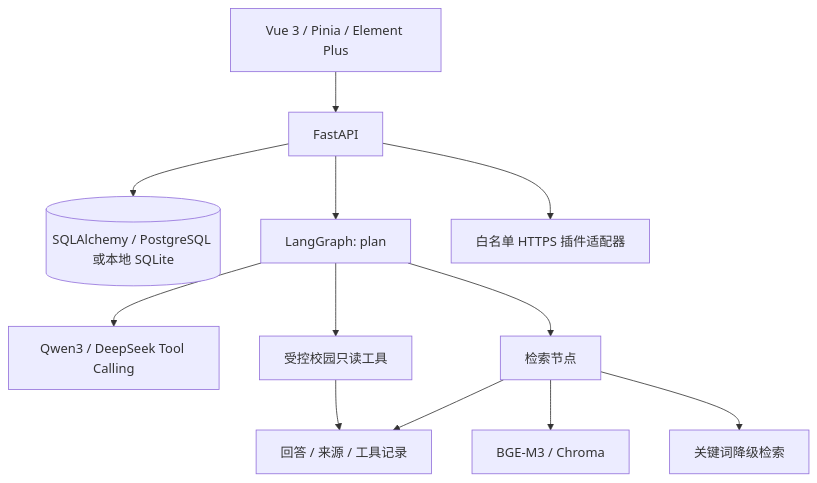
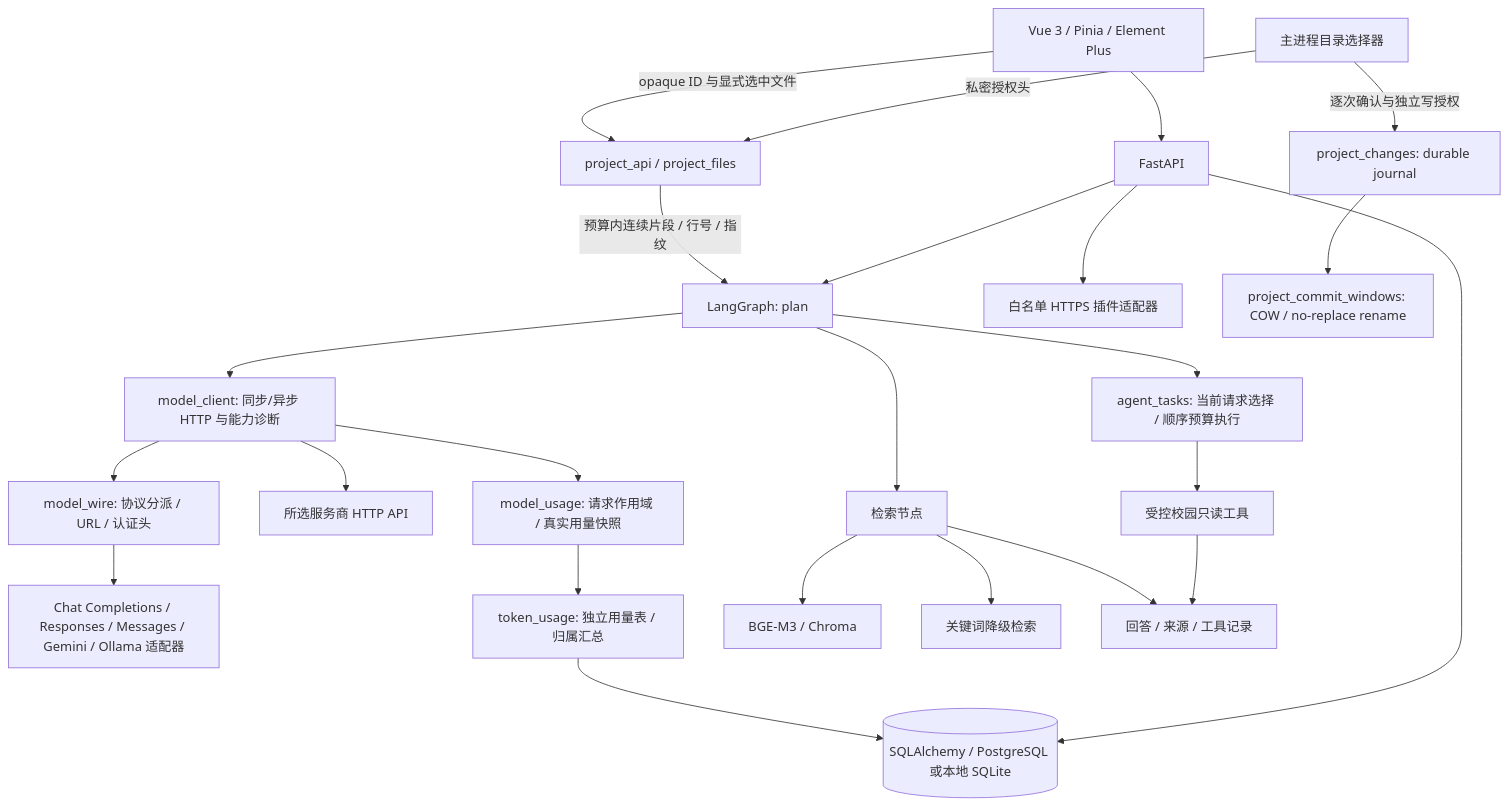
One commit to HuanMoovo/campus-agent changed the diagram in docs/ARCHITECTURE.md. Above: the diagram before and after it, drawn with Mermaid. The commit also changed other lines of this file and 253 other files, not shown here.

````diff
--- a/docs/ARCHITECTURE.md
+++ b/docs/ARCHITECTURE.md
@@ -5,14 +5,26 @@
 ```mermaid
 flowchart TD
     UI[Vue 3 / Pinia / Element Plus] --> API[FastAPI]
     API --> DB[(SQLAlchemy / PostgreSQL 或本地 SQLite)]
     API --> GRAPH[LangGraph: plan]
-    GRAPH --> LLM[Qwen3 / DeepSeek Tool Calling]
-    GRAPH --> READ[受控校园只读工具]
+    GRAPH --> MODEL[model_client: 同步/异步 HTTP 与能力诊断]
+    MODEL --> WIRE[model_wire: 协议分派 / URL / 认证头]
+    WIRE --> PROTOCOL[Chat Completions / Responses / Messages / Gemini / Ollama 适配器]
+    MODEL --> LLM[所选服务商 HTTP API]
+    MODEL --> USAGE[model_usage: 请求作用域 / 真实用量快照]
+    USAGE --> LEDGER[token_usage: 独立用量表 / 归属汇总]
+    LEDGER --> DB
+    GRAPH --> TASK[agent_tasks: 当前请求选择 / 顺序预算执行]
+    TASK --> READ[受控校园只读工具]
     GRAPH --> RAG[检索节点]
     RAG --> VEC[BGE-M3 / Chroma]
     RAG --> TEXT[关键词降级检索]
     READ --> ANSWER[回答 / 来源 / 工具记录]
     RAG --> ANSWER
     API --> PLUGIN[白名单 HTTPS 插件适配器]
+    NATIVE[主进程目录选择器] -->|私密授权头| PROJECT[project_api / project_files]
+    UI -->|opaque ID 与显式选中文件| PROJECT
+    PROJECT -->|预算内连续片段 / 行号 / 指纹| GRAPH
+    NATIVE -->|逐次确认与独立写授权| CHANGES[project_changes: durable journal]
+    CHANGES --> COMMIT[project_commit_windows: COW / no-replace rename]
 ```
````
